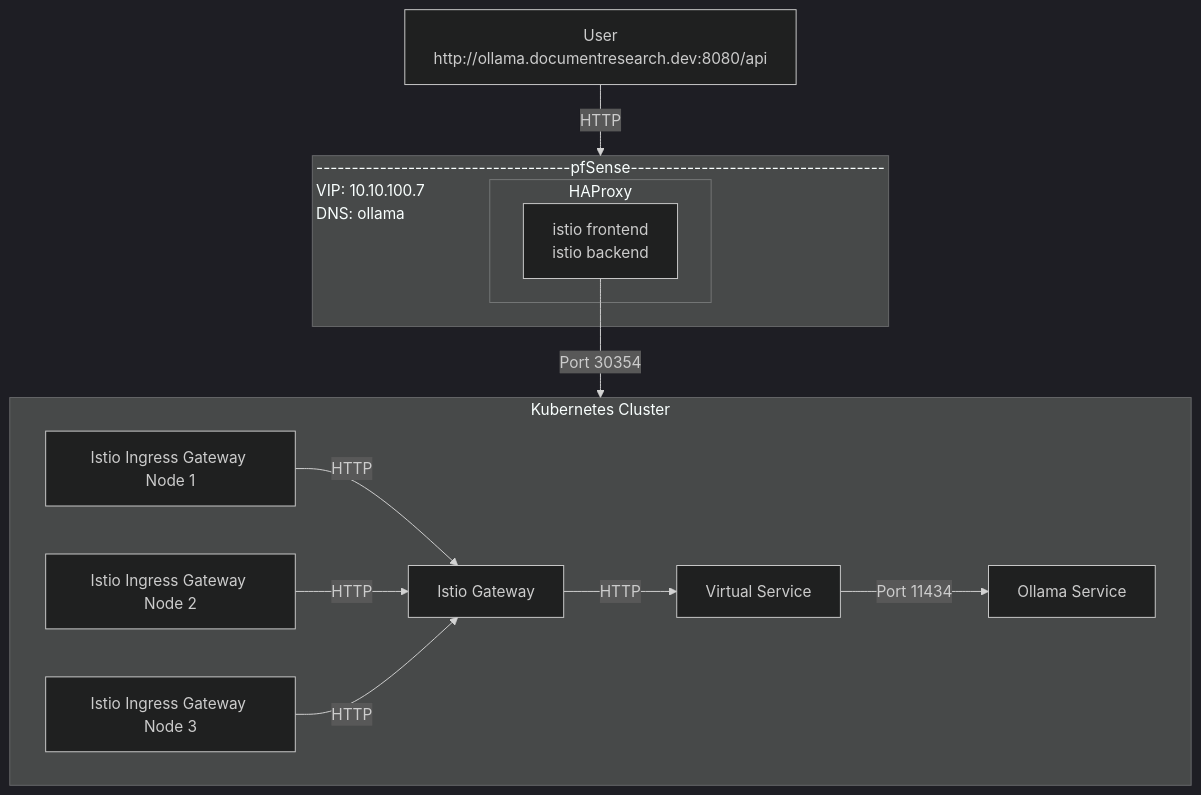
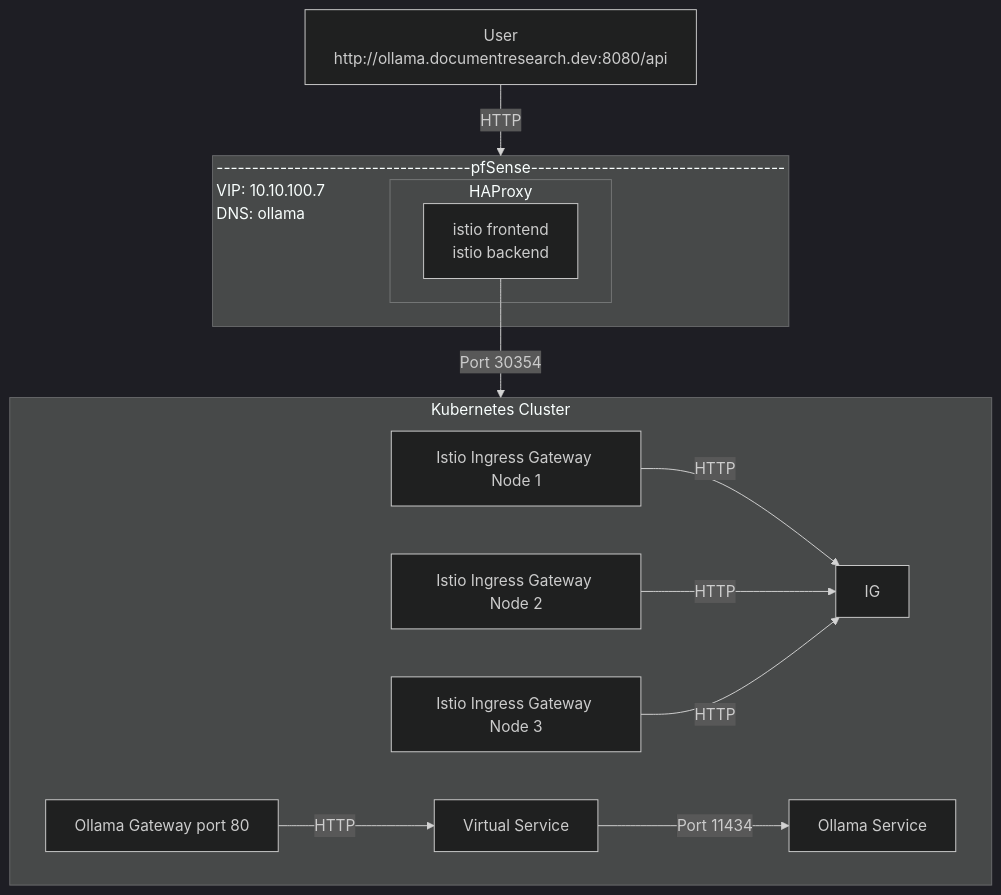
Before and after one commit to jtfogarty/RKE2: the diagram in docs/ollama-ingress.md, drawn with Mermaid (dark theme).

````diff
--- a/docs/ollama-ingress.md
+++ b/docs/ollama-ingress.md
@@ -1,25 +1,25 @@
 ```mermaid
 graph TD
     User[User\nhttp://ollama.documentresearch.dev:8080/api] -->|HTTP| PF
 
     subgraph PF[------------------------------------pfSense------------------------------------\nVIP: 10.10.100.7\n DNS: ollama]
         subgraph HAProxy
         HAP[istio frontend\nistio backend]
         end
     end
 
     HAP -->|Port 30354| KC
 
     subgraph KC[Kubernetes Cluster]
         IS1[Istio Ingress Gateway Node 1]
         IS2[Istio Ingress Gateway Node 2]
         IS3[Istio Ingress Gateway Node 3]
-        IG[Istio Gateway]
+        OG[Ollama Gateway port 80]
         VS[Virtual Service]
-        OL[Ollama Service]
+        OS[Ollama Service]
         
         IS1 & IS2 & IS3 -->|HTTP| IG
-        IG -->|HTTP| VS
-        VS -->|Port 11434| OL
+        OG -->|HTTP| VS
+        VS -->|Port 11434| OS
     end
 ```
````
